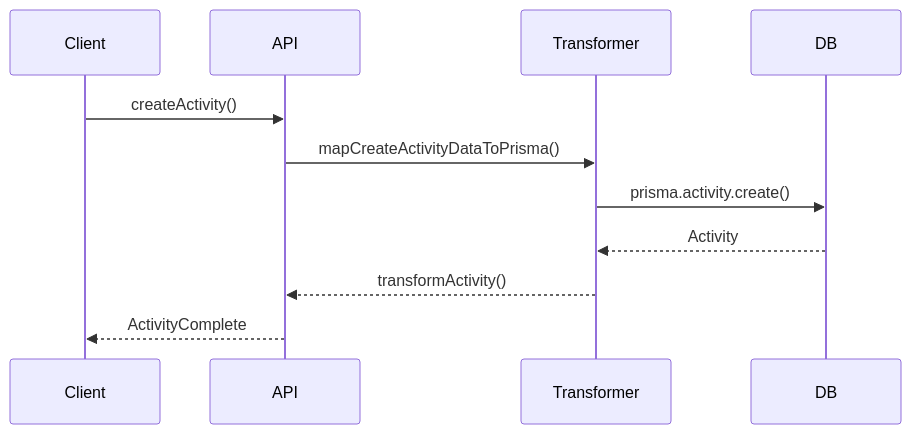
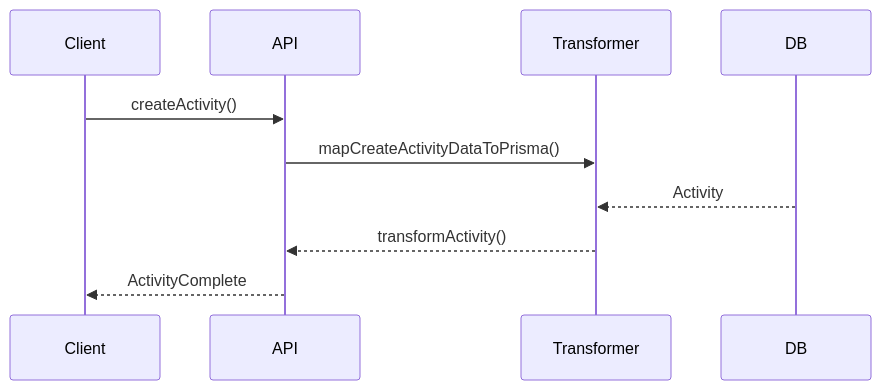
One commit to gvastethecreator/media-manager changed the second of 2 diagrams in src/types/entities/activity/documentation.md. Above: the diagram before and after it, drawn with Mermaid. The commit also changed 176 other files, not shown here.

````diff
--- a/src/types/entities/activity/documentation.md
+++ b/src/types/entities/activity/documentation.md
@@ -47,13 +47,13 @@
 ```mermaid
 sequenceDiagram
     participant Client
     participant API
     participant Transformer
     participant DB
     Client->>API: createActivity()
     API->>Transformer: mapCreateActivityDataToPrisma()
-    Transformer->>DB: prisma.activity.create()
+    
     DB-->>Transformer: Activity
     Transformer-->>API: transformActivity()
     API-->>Client: ActivityComplete
 ```
````
